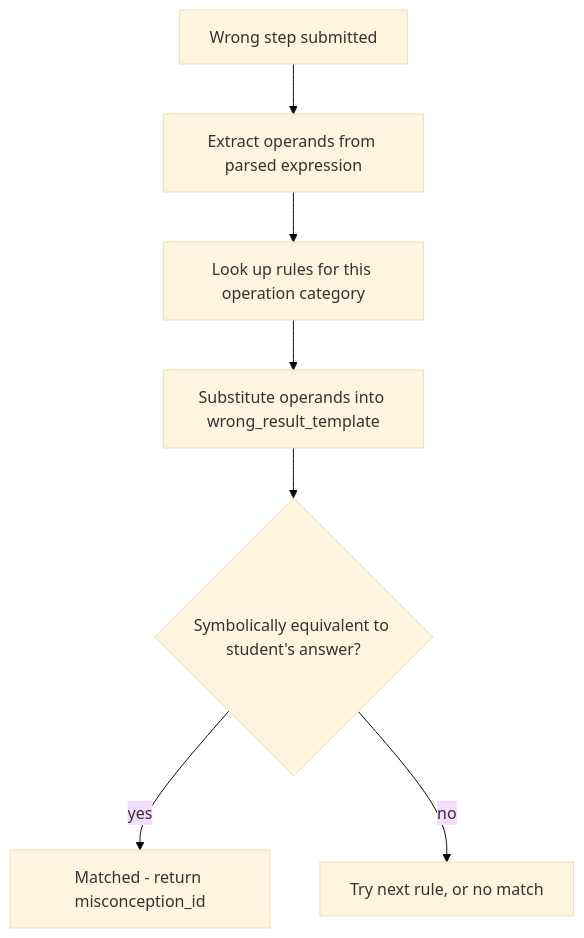
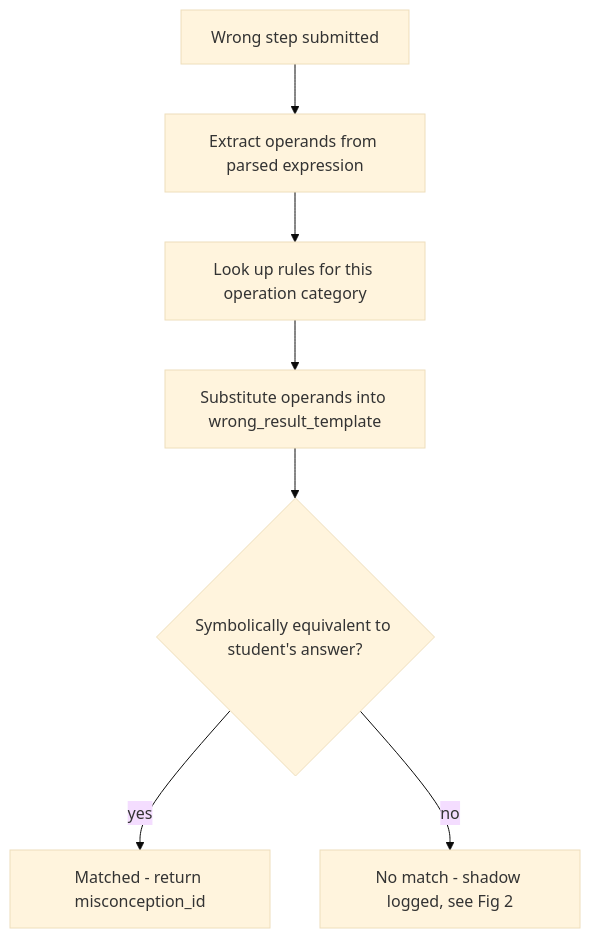
Before and after one commit to Alan-aiaction/math-tutor-mvp: the second of 3 diagrams in docs/architecture/proposal_misconception_rule_format.md, drawn with Mermaid (base theme). The commit also changed other lines of this file, not shown here.

First line of the commit message:
Make shadow logging visible directly in Fig. 2's diagram

````diff
--- a/docs/architecture/proposal_misconception_rule_format.md
+++ b/docs/architecture/proposal_misconception_rule_format.md
@@ -48,9 +48,9 @@
 ```mermaid
 flowchart TD
     A[Wrong step submitted] --> B[Extract operands from parsed expression]
     B --> C[Look up rules for this operation category]
     C --> D[Substitute operands into wrong_result_template]
     D --> E{Symbolically equivalent to student's answer?}
     E -- yes --> F[Matched - return misconception_id]
-    E -- no --> G[Try next rule, or no match]
+    E -- no --> G[No match - shadow logged, see Fig 2]
 ```
````
